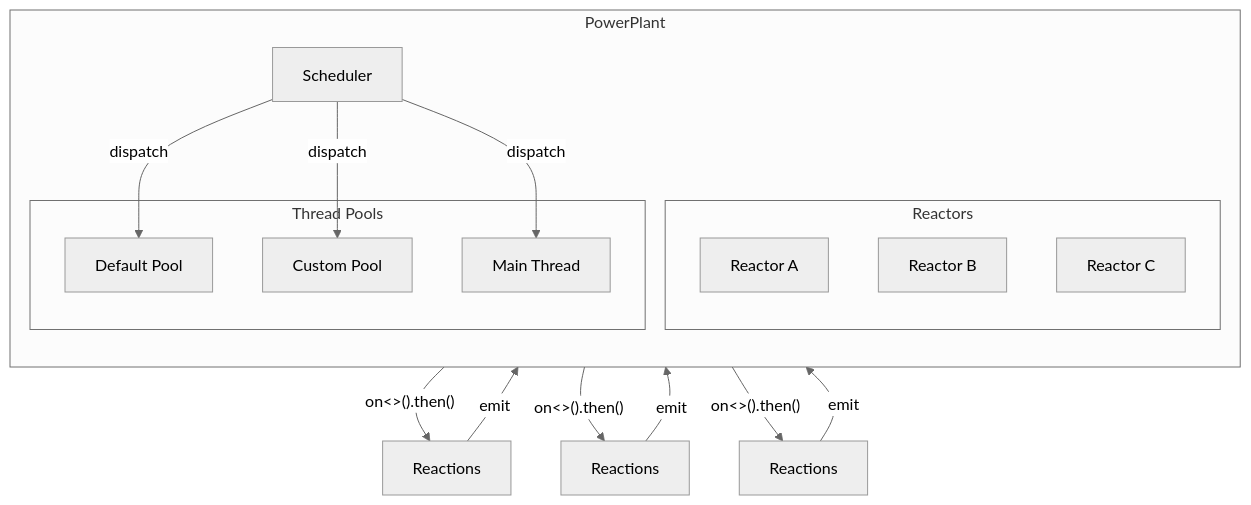
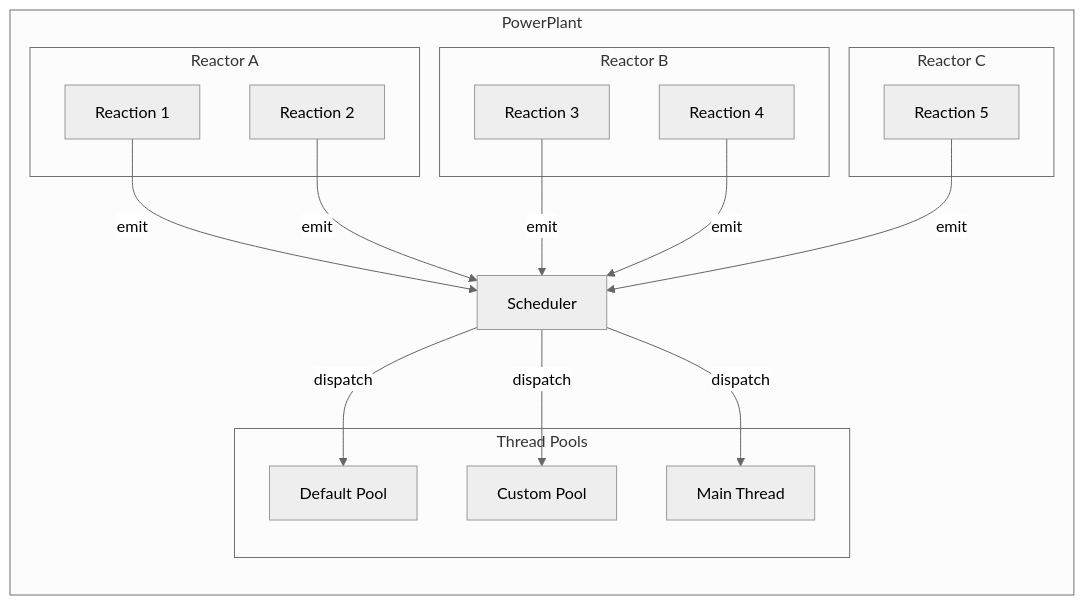
Before and after one commit to Fastcode/NUClear: the third of 3 diagrams in docs2/explanation/architecture.md, drawn with Mermaid (neutral theme). The commit also changed other lines of this file and 17 other files, not shown here.

````diff
--- a/docs2/explanation/architecture.md
+++ b/docs2/explanation/architecture.md
@@ -102,29 +93,28 @@
 ```mermaid
 graph TB
     subgraph PowerPlant
         direction TB
         S[Scheduler]
-        subgraph Reactors
-            R1[Reactor A]
-            R2[Reactor B]
-            R3[Reactor C]
+        subgraph "Reactor A"
+            R1A[Reaction 1]
+            R1B[Reaction 2]
+        end
+        subgraph "Reactor B"
+            R2A[Reaction 3]
+            R2B[Reaction 4]
+        end
+        subgraph "Reactor C"
+            R3A[Reaction 5]
         end
         subgraph "Thread Pools"
             TP1[Default Pool]
             TP2[Custom Pool]
             TP3[Main Thread]
         end
     end
 
-    R1 -->|"on<>().then()"| Reactions1[Reactions]
-    R2 -->|"on<>().then()"| Reactions2[Reactions]
-    R3 -->|"on<>().then()"| Reactions3[Reactions]
-
-    Reactions1 -->|emit| S
-    Reactions2 -->|emit| S
-    Reactions3 -->|emit| S
-
+    R1A & R1B & R2A & R2B & R3A -->|emit| S
     S -->|dispatch| TP1
     S -->|dispatch| TP2
     S -->|dispatch| TP3
 ```
````
